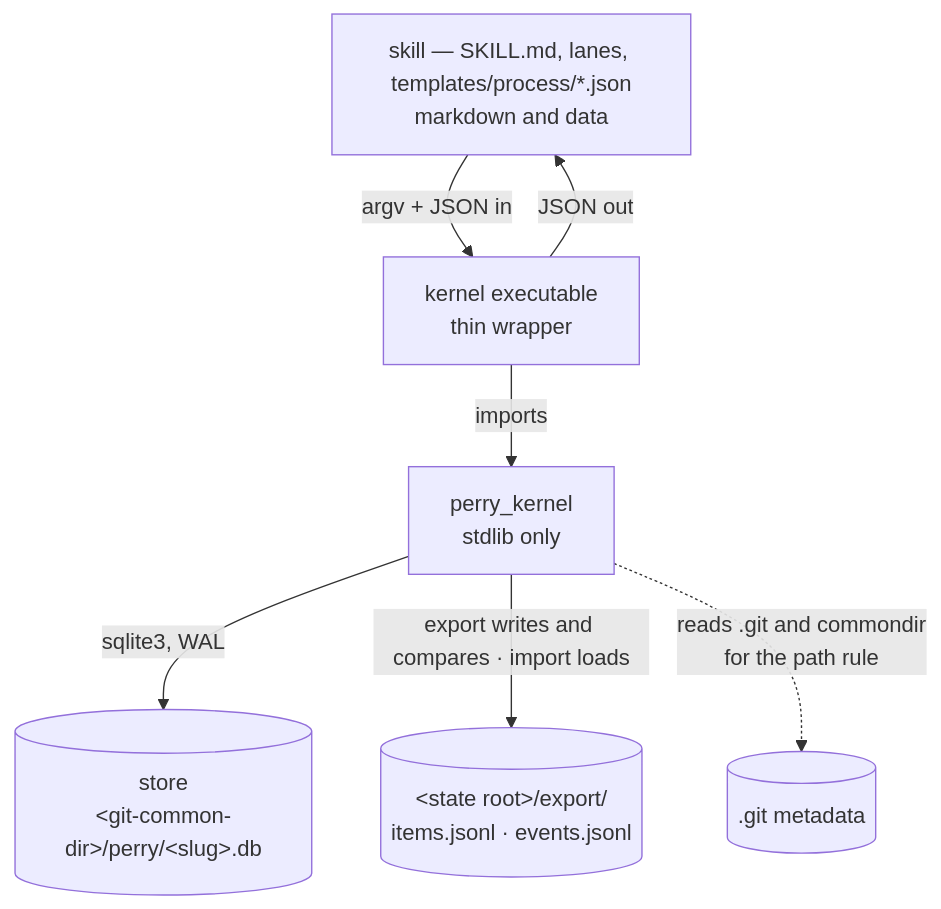
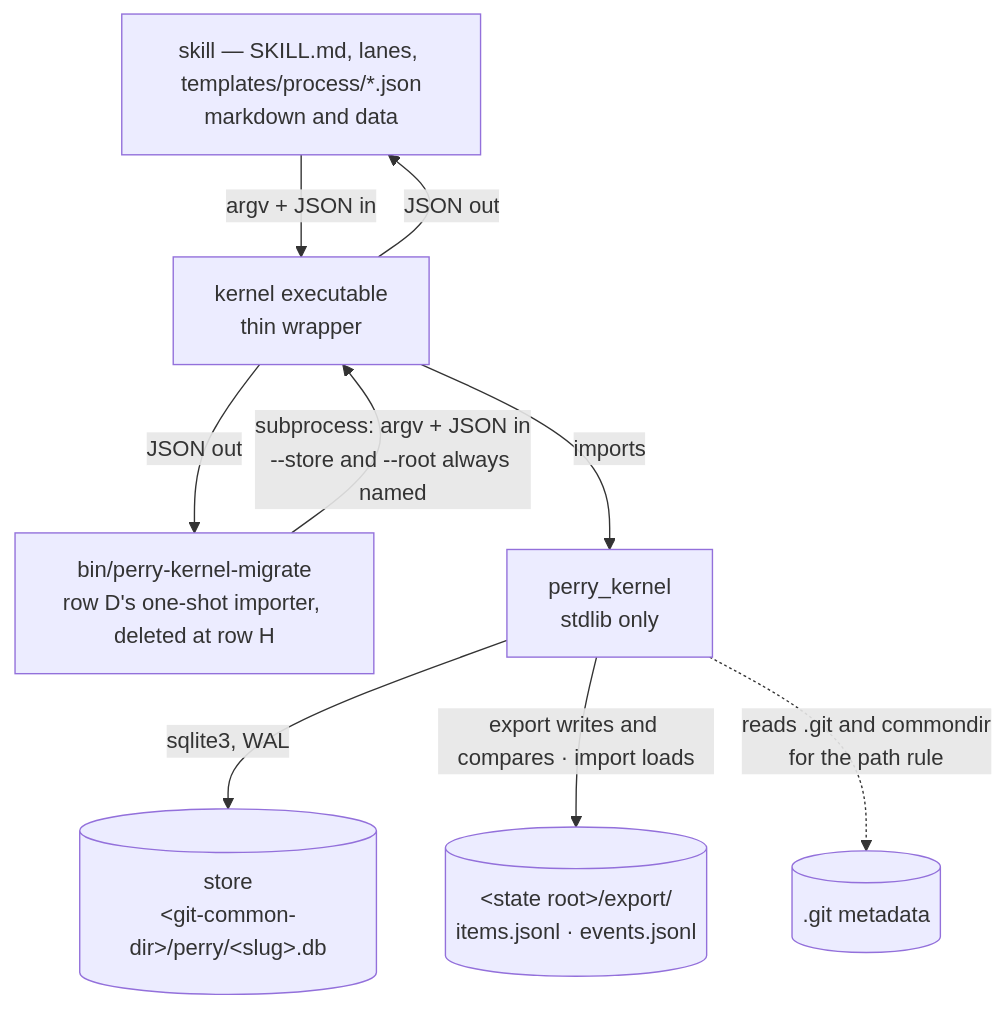
One commit to ranjiao/Perry changed the first of 2 diagrams in kernel/ARCHITECTURE.md. Above: the diagram before and after it, drawn with Mermaid. The commit also changed other lines of this file and 3 other files, not shown here.

First line of the commit message:
docs(kernel-migrate): TASK-489 round 3 — the importer's module documents (item 9)

````diff
--- a/kernel/ARCHITECTURE.md
+++ b/kernel/ARCHITECTURE.md
@@ -72,9 +72,11 @@
 ```mermaid
 flowchart TD
     Skill["skill — SKILL.md, lanes, templates/process/*.json<br/>markdown and data"] -->|"argv + JSON in"| CLI["kernel executable<br/>thin wrapper"]
+    Migrate["bin/perry-kernel-migrate<br/>row D's one-shot importer, deleted at row H"] -->|"subprocess: argv + JSON in<br/>--store and --root always named"| CLI
     CLI -->|imports| Pkg["perry_kernel<br/>stdlib only"]
     Pkg -->|"sqlite3, WAL"| Store[("store<br/>&lt;git-common-dir&gt;/perry/&lt;slug&gt;.db")]
     Pkg -->|"export writes and compares · import loads"| Export[("&lt;state root&gt;/export/<br/>items.jsonl · events.jsonl")]
     Pkg -.->|"reads .git and commondir<br/>for the path rule"| Git[(".git metadata")]
     CLI -->|"JSON out"| Skill
+    CLI -->|"JSON out"| Migrate
 ```
````
